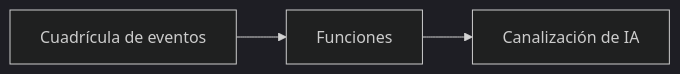
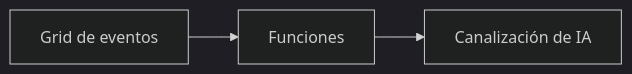
The second of 2 diagrams in translations/es/docs/chapter-08-production/README.md (microsoft/AZD-for-beginners), drawn with Mermaid (dark theme) before and after one commit. The commit also changed other lines of this file and 104 other files, not shown here.

````diff
--- a/translations/es/docs/chapter-08-production/README.md
+++ b/translations/es/docs/chapter-08-production/README.md
@@ -56,4 +57,4 @@
 ```mermaid
 graph LR
-    EventGrid[Cuadrícula de eventos] --> Functions[Funciones] --> Pipeline[Canalización de IA]
+    EventGrid[Grid de eventos] --> Functions[Funciones] --> Pipeline[Canalización de IA]
 ```
````
